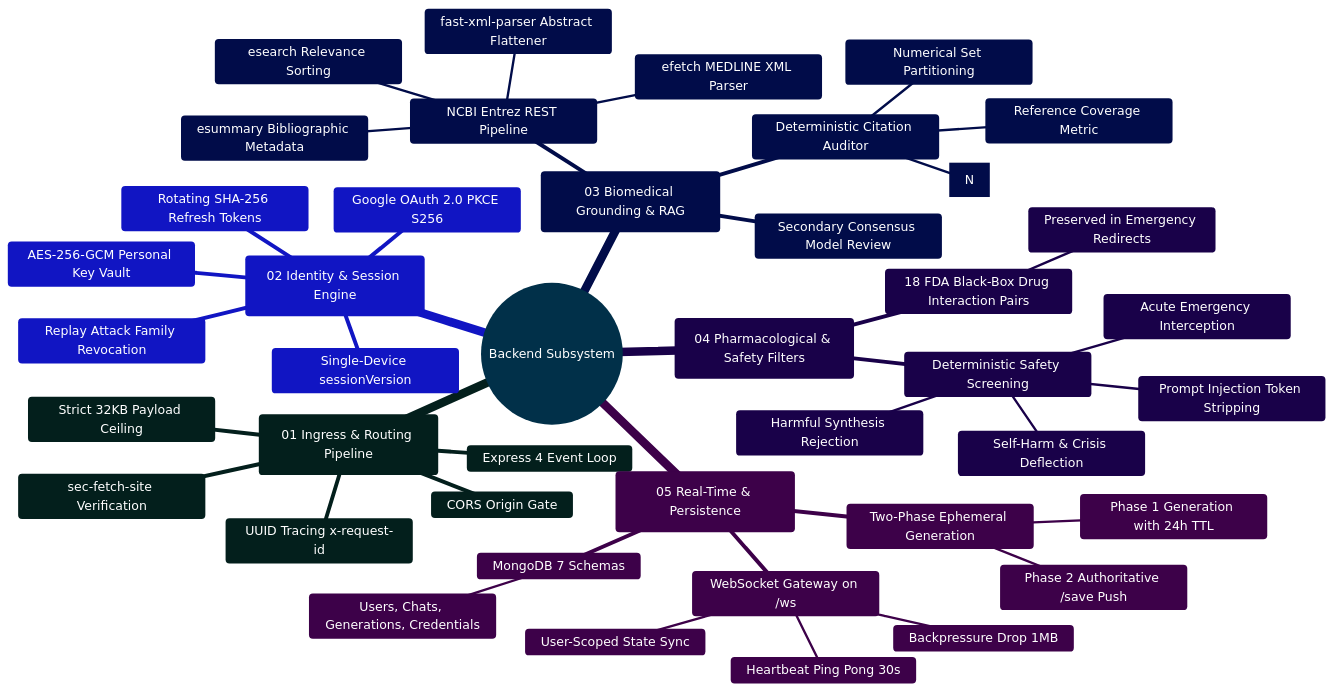
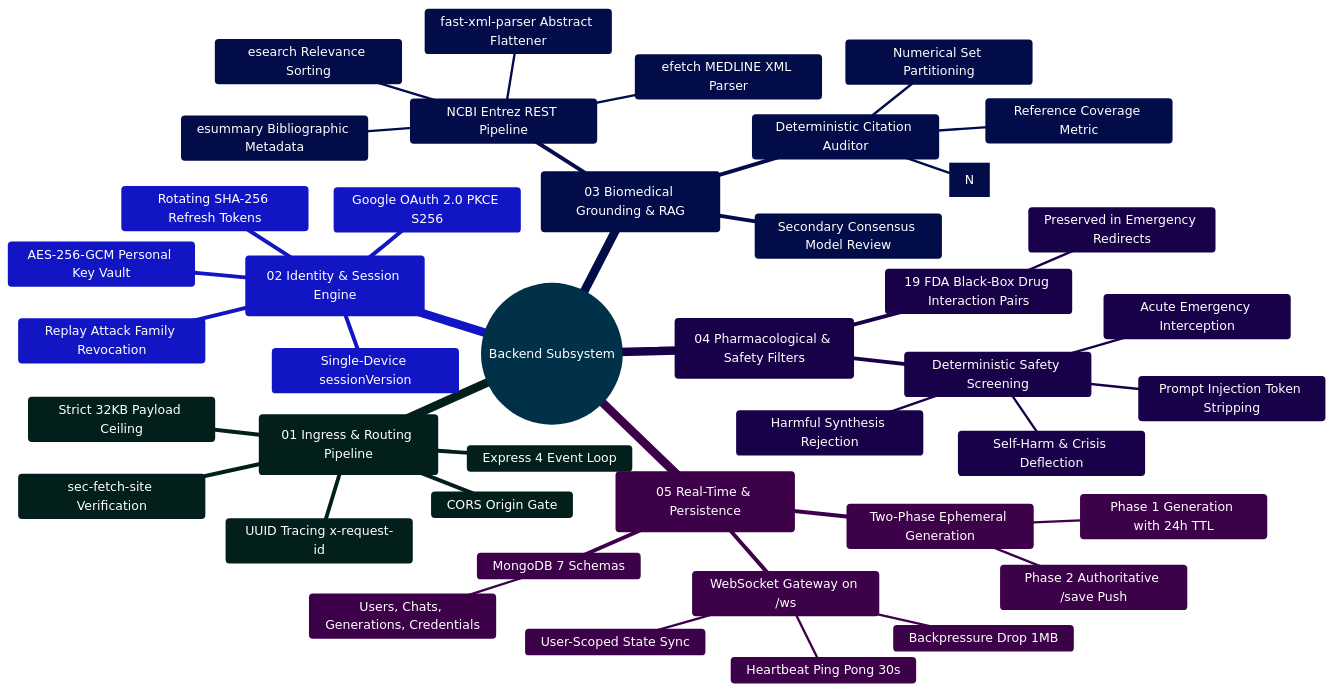
Before and after one commit to Ganesh172919/React-App-LLM: the first of 2 diagrams in backend/README.md, drawn with Mermaid. The commit also changed other lines of this file and 19 other files, not shown here.

````diff
--- a/backend/README.md
+++ b/backend/README.md
@@ -73,47 +73,47 @@
 ```mermaid
 %%{init: {'theme': 'base', 'themeVariables': { 'primaryColor': '#0284c7', 'primaryTextColor': '#ffffff', 'primaryBorderColor': '#0369a1', 'lineColor': '#0284c7', 'secondaryColor': '#0d9488', 'tertiaryColor': '#6366f1' }}}%%
 mindmap
   root((Backend Subsystem))
     ::icon(fa fa-server)
     (01 Ingress & Routing Pipeline)
       Express 4 Event Loop
       UUID Tracing x-request-id
       CORS Origin Gate
       sec-fetch-site Verification
       Strict 32KB Payload Ceiling
     (02 Identity & Session Engine)
       Single-Device sessionVersion
       Rotating SHA-256 Refresh Tokens
       Replay Attack Family Revocation
       Google OAuth 2.0 PKCE S256
       AES-256-GCM Personal Key Vault
     (03 Biomedical Grounding & RAG)
       NCBI Entrez REST Pipeline
         esearch Relevance Sorting
         esummary Bibliographic Metadata
         efetch MEDLINE XML Parser
         fast-xml-parser Abstract Flattener
       Deterministic Citation Auditor
         Bracket Regex Extraction [N]
         Numerical Set Partitioning
         Reference Coverage Metric
       Secondary Consensus Model Review
     (04 Pharmacological & Safety Filters)
       Deterministic Safety Screening
         Self-Harm & Crisis Deflection
         Acute Emergency Interception
         Harmful Synthesis Rejection
         Prompt Injection Token Stripping
-      18 FDA Black-Box Drug Interaction Pairs
+      19 FDA Black-Box Drug Interaction Pairs
         Preserved in Emergency Redirects
     (05 Real-Time & Persistence)
       Two-Phase Ephemeral Generation
         Phase 1 Generation with 24h TTL
         Phase 2 Authoritative /save Push
       WebSocket Gateway on /ws
         Heartbeat Ping Pong 30s
         Backpressure Drop 1MB
         User-Scoped State Sync
       MongoDB 7 Schemas
         Users, Chats, Generations, Credentials
 ```
````
